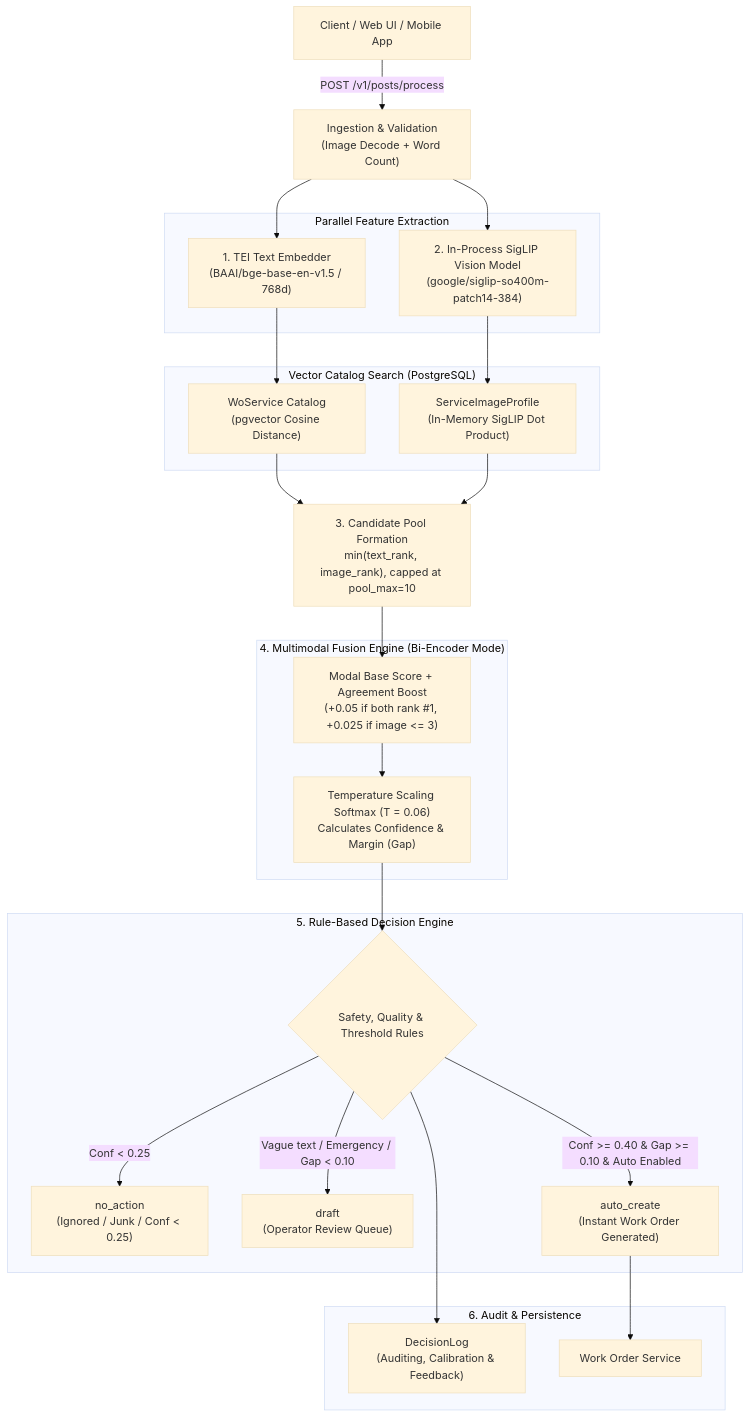
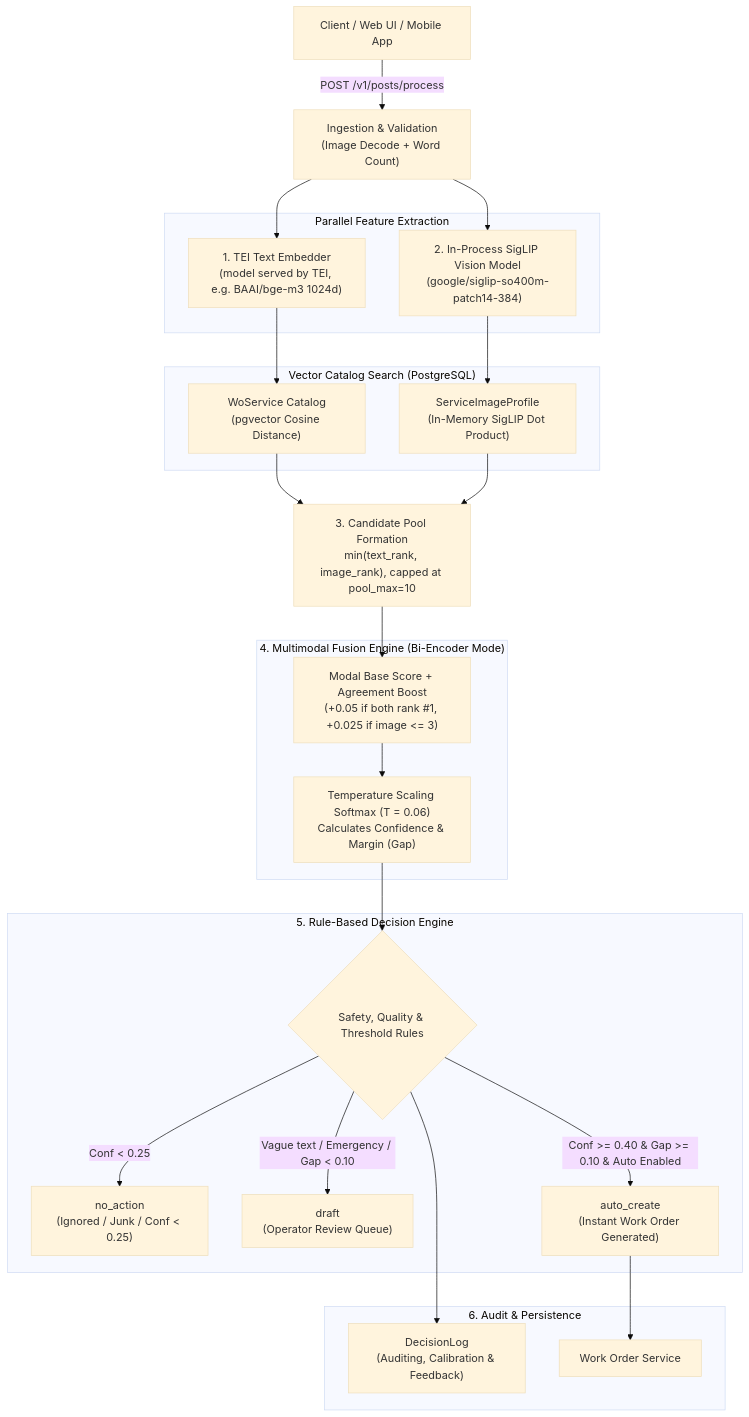
Before and after one commit to Amaanuddin05/photoToWorkOrder: the diagram in WORK_ORDER_TRIAGE_ARCHITECTURE.md, drawn with Mermaid (base theme). The commit also changed other lines of this file and 20 other files, not shown here.

First line of the commit message:
feat(text): model-adaptive text embeddings (multilingual branch)

````diff
--- a/WORK_ORDER_TRIAGE_ARCHITECTURE.md
+++ b/WORK_ORDER_TRIAGE_ARCHITECTURE.md
@@ -11,51 +11,51 @@
 ```mermaid
 flowchart TD
     Client["Client / Web UI / Mobile App"] -->|"POST /v1/posts/process"| Ingest["Ingestion & Validation<br/>(Image Decode + Word Count)"]
     
     subgraph ParallelEncoders["Parallel Feature Extraction"]
-        TextPath["1. TEI Text Embedder<br/>(BAAI/bge-base-en-v1.5 / 768d)"]
+        TextPath["1. TEI Text Embedder<br/>(model served by TEI, e.g. BAAI/bge-m3 1024d)"]
         ImagePath["2. In-Process SigLIP Vision Model<br/>(google/siglip-so400m-patch14-384)"]
     end
     
     Ingest --> TextPath
     Ingest --> ImagePath
     
     subgraph CatalogMatch["Vector Catalog Search (PostgreSQL)"]
         DB_Text["WoService Catalog<br/>(pgvector Cosine Distance)"]
         Mem_Image["ServiceImageProfile<br/>(In-Memory SigLIP Dot Product)"]
     end
     
     TextPath --> DB_Text
     ImagePath --> Mem_Image
     
     DB_Text --> Pool["3. Candidate Pool Formation<br/>min(text_rank, image_rank), capped at pool_max=10"]
     Mem_Image --> Pool
     
     subgraph FusionEngine["4. Multimodal Fusion Engine (Bi-Encoder Mode)"]
         Scoring["Modal Base Score + Agreement Boost<br/>(+0.05 if both rank #1, +0.025 if image <= 3)"]
         Softmax["Temperature Scaling Softmax (T = 0.06)<br/>Calculates Confidence & Margin (Gap)"]
     end
     
     Pool --> Scoring
     Scoring --> Softmax
     
     subgraph TriageDecision["5. Rule-Based Decision Engine"]
         Rules{"Safety, Quality & Threshold Rules"}
         NoAction["no_action<br/>(Ignored / Junk / Conf < 0.25)"]
         Draft["draft<br/>(Operator Review Queue)"]
         Auto["auto_create<br/>(Instant Work Order Generated)"]
     end
     
     Softmax --> Rules
     Rules -->|"Conf < 0.25"| NoAction
     Rules -->|"Vague text / Emergency / Gap < 0.10"| Draft
     Rules -->|"Conf >= 0.40 & Gap >= 0.10 & Auto Enabled"| Auto
     
     subgraph Persistence["6. Audit & Persistence"]
         DecLog["DecisionLog<br/>(Auditing, Calibration & Feedback)"]
         WO["Work Order Service"]
     end
     
     Rules --> DecLog
     Auto --> WO
 ```
````
